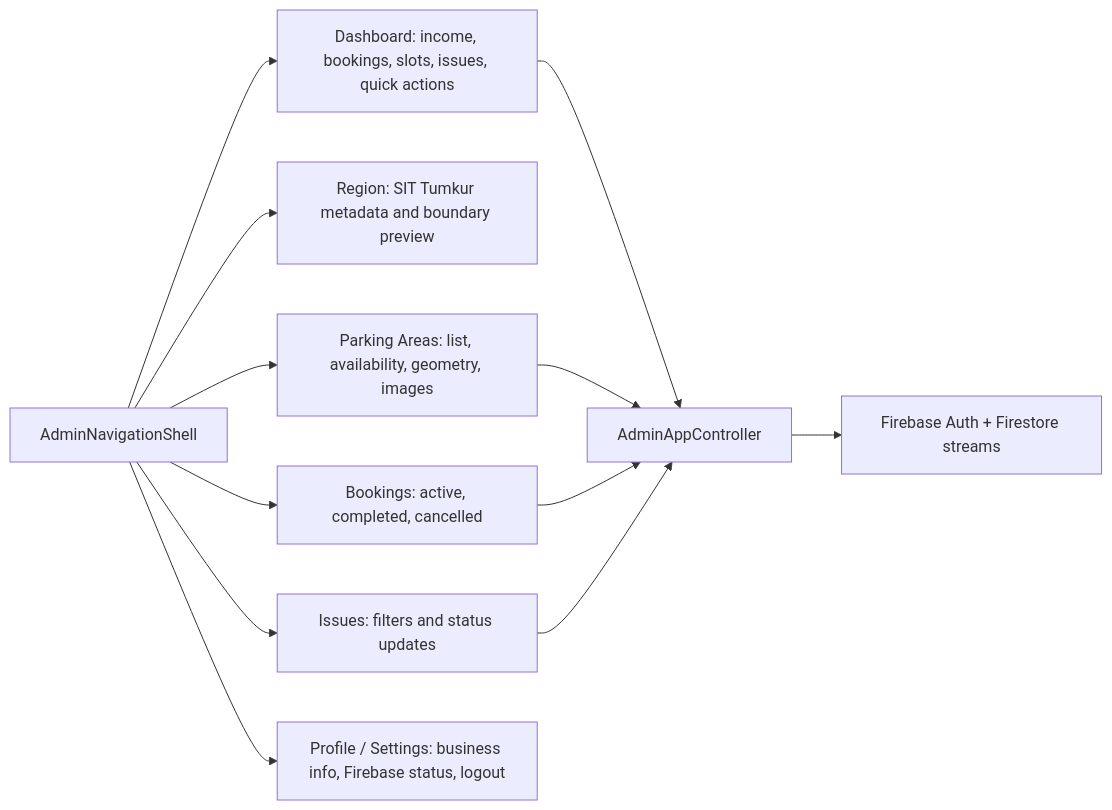
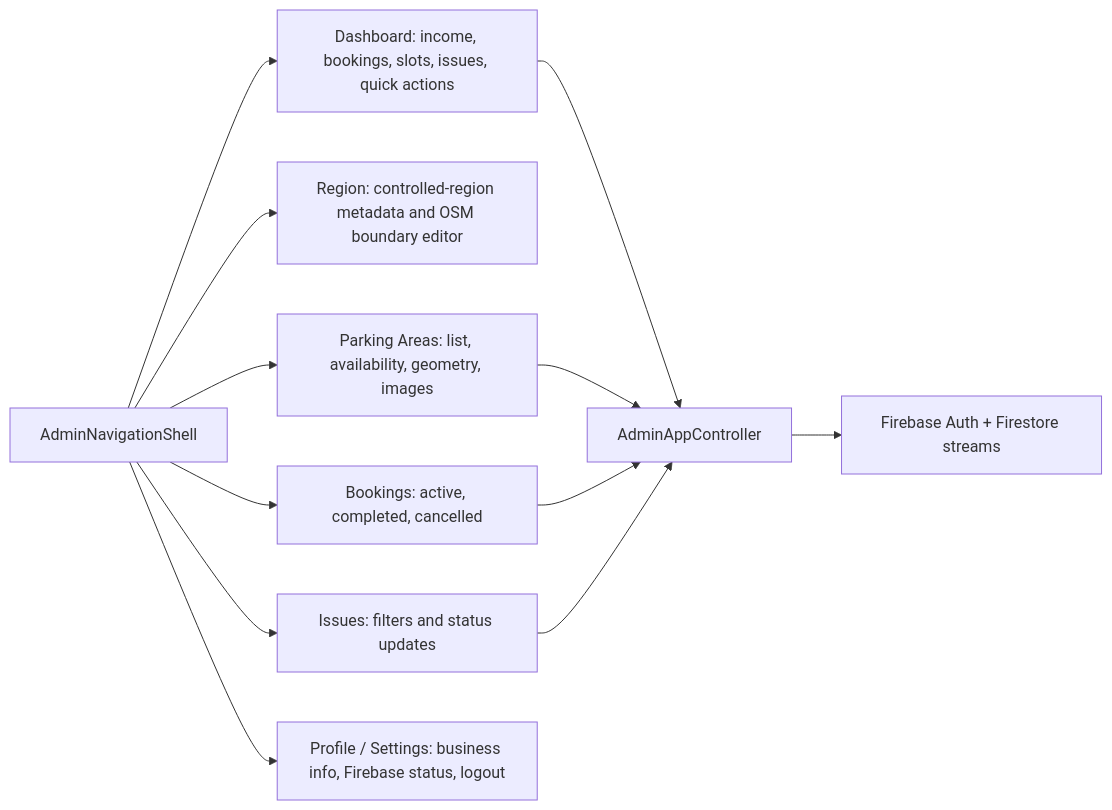
Before and after one commit to snehil-pandey/smart-parking-occupancy-system: the sixth of 15 diagrams in docs/ARCHITECTURE.md, drawn with Mermaid. The commit also changed other lines of this file and 3 other files, not shown here.

Commit message:
docs(admin): update controlled region workflow

````diff
--- a/docs/ARCHITECTURE.md
+++ b/docs/ARCHITECTURE.md
@@ -107,14 +113,14 @@
 ```mermaid
 flowchart LR
   Shell["AdminNavigationShell"] --> Dashboard["Dashboard: income, bookings, slots, issues, quick actions"]
-  Shell --> Region["Region: SIT Tumkur metadata and boundary preview"]
+  Shell --> Region["Region: controlled-region metadata and OSM boundary editor"]
   Shell --> Areas["Parking Areas: list, availability, geometry, images"]
   Shell --> Bookings["Bookings: active, completed, cancelled"]
   Shell --> Issues["Issues: filters and status updates"]
   Shell --> Profile["Profile / Settings: business info, Firebase status, logout"]
   Dashboard --> Controller["AdminAppController"]
   Areas --> Controller
   Bookings --> Controller
   Issues --> Controller
   Controller --> Firebase["Firebase Auth + Firestore streams"]
 ```
````
